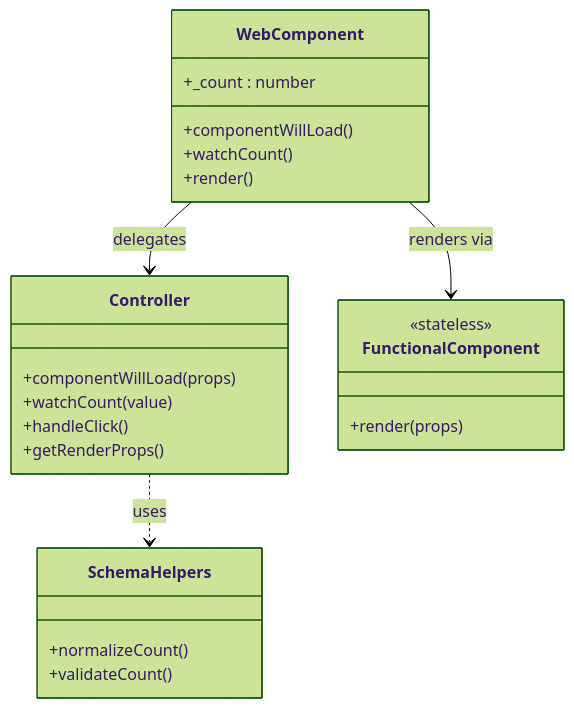
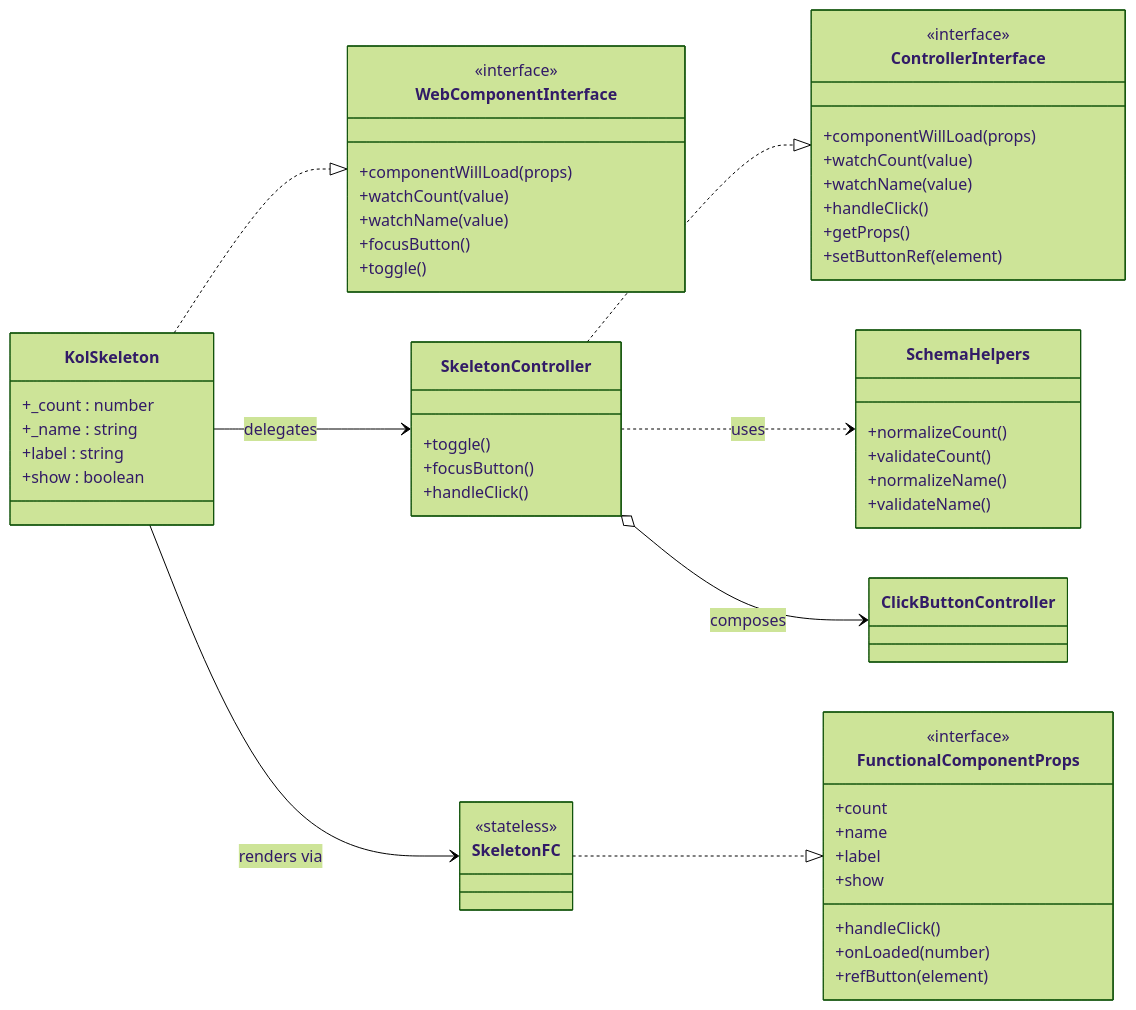
The second of 3 diagrams in packages/components/src/components/_skeleton/ARC42.md (public-ui/kolibri), drawn with Mermaid (forest theme) before and after one commit. The commit also changed other lines of this file, not shown here.

Commit message:
docs: detail skeleton arc42 with interface diagrams (#3252)

````diff
--- a/packages/components/src/components/_skeleton/ARC42.md
+++ b/packages/components/src/components/_skeleton/ARC42.md
@@ -105,26 +107,58 @@
 ```mermaid
 classDiagram
-    class WebComponent {
-        +_count : number
-        +componentWillLoad()
-        +watchCount()
-        +render()
-    }
-    class Controller {
+    direction LR
+    class WebComponentInterface {
+        <<interface>>
         +componentWillLoad(props)
         +watchCount(value)
+        +watchName(value)
+        +focusButton()
+        +toggle()
+    }
+    class KolSkeleton {
+        +_count : number
+        +_name : string
+        +label : string
+        +show : boolean
+    }
+    KolSkeleton ..|> WebComponentInterface
+    class ControllerInterface {
+        <<interface>>
+        +componentWillLoad(props)
+        +watchCount(value)
+        +watchName(value)
         +handleClick()
-        +getRenderProps()
+        +getProps()
+        +setButtonRef(element)
     }
-    class FunctionalComponent {
+    class SkeletonController {
+        +toggle()
+        +focusButton()
+        +handleClick()
+    }
+    SkeletonController ..|> ControllerInterface
+    KolSkeleton --> SkeletonController : delegates
+    class FunctionalComponentProps {
+        <<interface>>
+        +count
+        +name
+        +label
+        +show
+        +handleClick()
+        +onLoaded(number)
+        +refButton(element)
+    }
+    class SkeletonFC {
         <<stateless>>
-        +render(props)
     }
+    SkeletonFC ..|> FunctionalComponentProps
+    KolSkeleton --> SkeletonFC : renders via
     class SchemaHelpers {
         +normalizeCount()
         +validateCount()
+        +normalizeName()
+        +validateName()
     }
-    WebComponent --> Controller : delegates
-    WebComponent --> FunctionalComponent : renders via
-    Controller ..> SchemaHelpers : uses
+    SkeletonController ..> SchemaHelpers : uses
+    SkeletonController o--> ClickButtonController : composes
 ```
````
